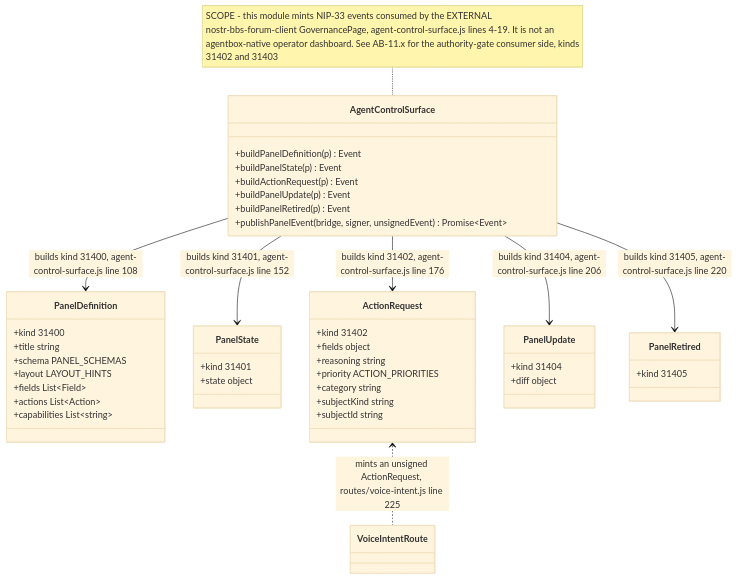
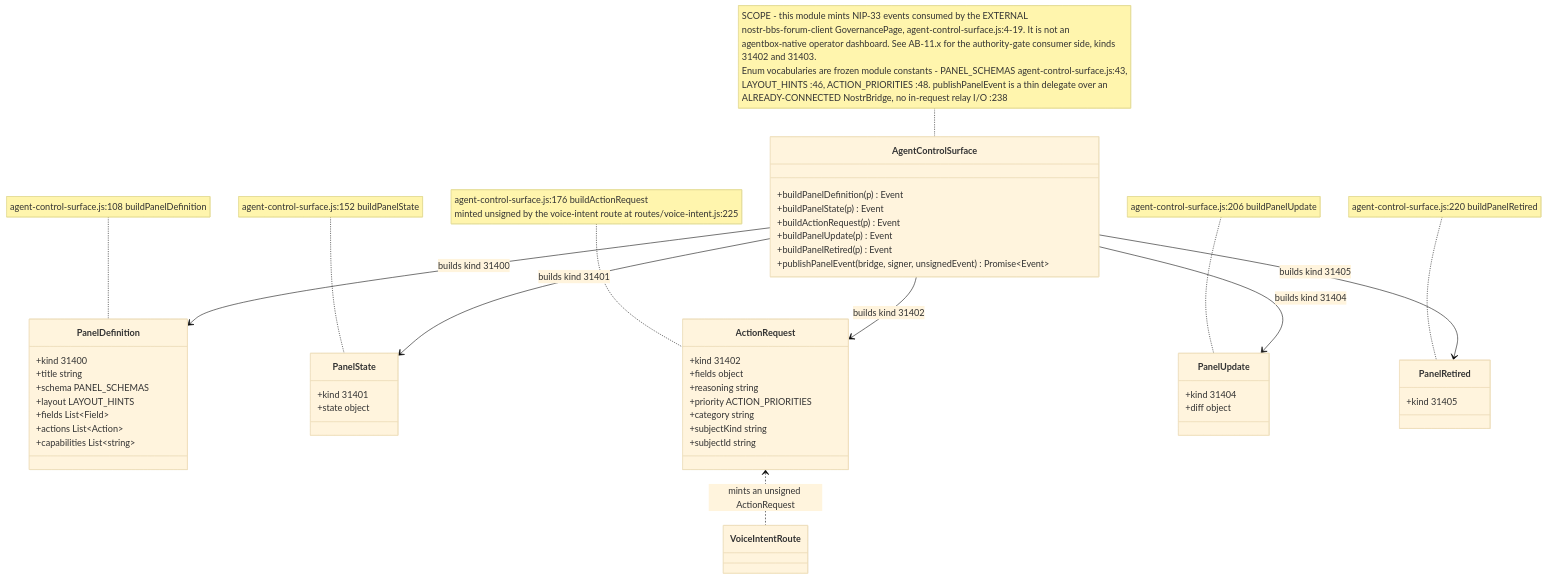
Diagram 12 of 14 in docs/diagrams/agentbox/12-tab0-bridge-and-interaction-plane.md (DreamLab-AI/VisionFlow), drawn with Mermaid (base theme) before and after one commit. The commit also changed other lines of this file and 52 other files, not shown here.

First line of the commit message:
docs(diagrams): wave 3 checkpoint — bare line refs resolved, revision-pinned cite-check, VC-05/AB-01..13 re-attested

````diff
--- a/docs/diagrams/agentbox/12-tab0-bridge-and-interaction-plane.md
+++ b/docs/diagrams/agentbox/12-tab0-bridge-and-interaction-plane.md
@@ -465,47 +465,52 @@
 ```mermaid
 classDiagram
     class AgentControlSurface {
         +buildPanelDefinition(p) Event
         +buildPanelState(p) Event
         +buildActionRequest(p) Event
         +buildPanelUpdate(p) Event
         +buildPanelRetired(p) Event
         +publishPanelEvent(bridge, signer, unsignedEvent) Promise~Event~
     }
     class PanelDefinition {
         +kind 31400
         +title string
         +schema PANEL_SCHEMAS
         +layout LAYOUT_HINTS
         +fields List~Field~
         +actions List~Action~
         +capabilities List~string~
     }
     class PanelState {
         +kind 31401
         +state object
     }
     class ActionRequest {
         +kind 31402
         +fields object
         +reasoning string
         +priority ACTION_PRIORITIES
         +category string
         +subjectKind string
         +subjectId string
     }
     class PanelUpdate {
         +kind 31404
         +diff object
     }
     class PanelRetired {
         +kind 31405
     }
-    AgentControlSurface --> PanelDefinition : builds kind 31400, agent-control-surface.js line 108
-    AgentControlSurface --> PanelState : builds kind 31401, agent-control-surface.js line 152
-    AgentControlSurface --> ActionRequest : builds kind 31402, agent-control-surface.js line 176
-    AgentControlSurface --> PanelUpdate : builds kind 31404, agent-control-surface.js line 206
-    AgentControlSurface --> PanelRetired : builds kind 31405, agent-control-surface.js line 220
-    ActionRequest <.. VoiceIntentRoute : mints an unsigned ActionRequest, routes/voice-intent.js line 225
-note for AgentControlSurface "SCOPE - this module mints NIP-33 events consumed by the EXTERNAL<br/>nostr-bbs-forum-client GovernancePage, agent-control-surface.js lines 4-19. It is not an<br/>agentbox-native operator dashboard. See AB-11.x for the authority-gate consumer side, kinds<br/>31402 and 31403"
+    AgentControlSurface --> PanelDefinition : builds kind 31400
+    AgentControlSurface --> PanelState : builds kind 31401
+    AgentControlSurface --> ActionRequest : builds kind 31402
+    AgentControlSurface --> PanelUpdate : builds kind 31404
+    AgentControlSurface --> PanelRetired : builds kind 31405
+    ActionRequest <.. VoiceIntentRoute : mints an unsigned ActionRequest
+note for PanelDefinition "agent-control-surface.js:108 buildPanelDefinition"
+note for PanelState "agent-control-surface.js:152 buildPanelState"
+note for ActionRequest "agent-control-surface.js:176 buildActionRequest<br/>minted unsigned by the voice-intent route at routes/voice-intent.js:225"
+note for PanelUpdate "agent-control-surface.js:206 buildPanelUpdate"
+note for PanelRetired "agent-control-surface.js:220 buildPanelRetired"
+note for AgentControlSurface "SCOPE - this module mints NIP-33 events consumed by the EXTERNAL<br/>nostr-bbs-forum-client GovernancePage, agent-control-surface.js:4-19. It is not an<br/>agentbox-native operator dashboard. See AB-11.x for the authority-gate consumer side, kinds<br/>31402 and 31403.<br/>Enum vocabularies are frozen module constants - PANEL_SCHEMAS agent-control-surface.js:43,<br/>LAYOUT_HINTS :46, ACTION_PRIORITIES :48. publishPanelEvent is a thin delegate over an<br/>ALREADY-CONNECTED NostrBridge, no in-request relay I/O :238"
 ```
````
